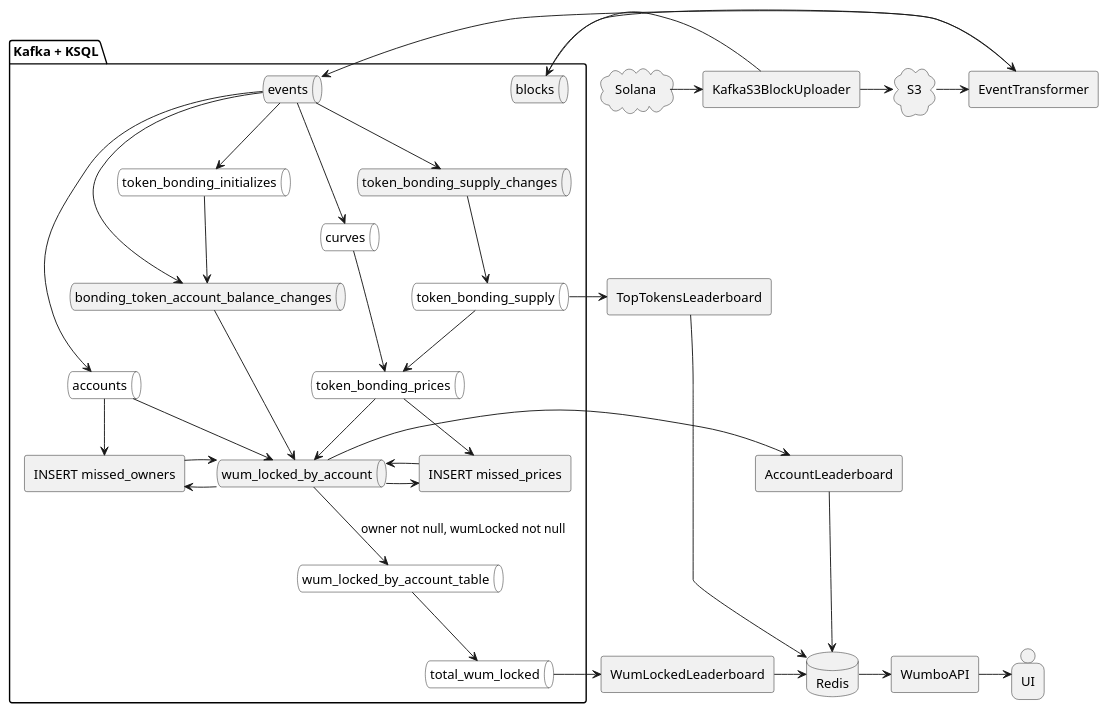
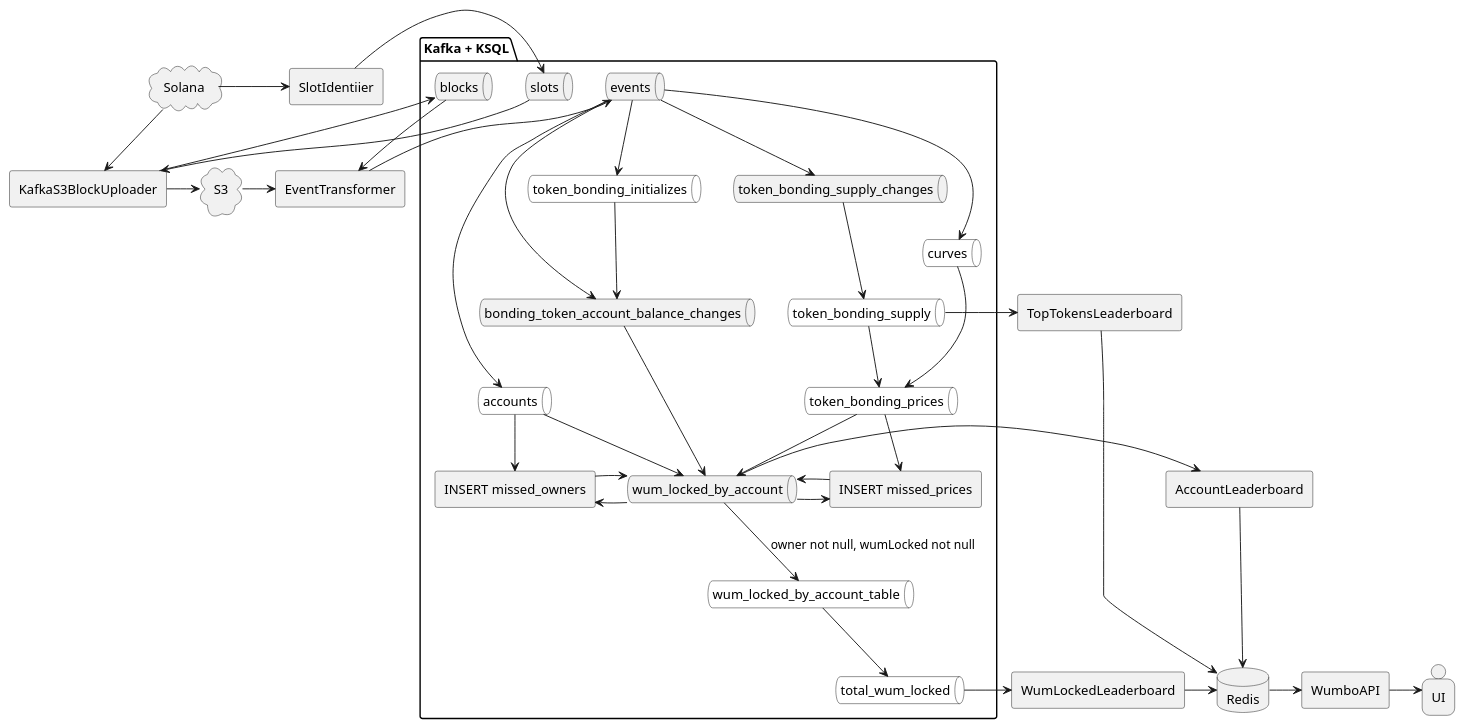
The diagram in architecture.puml (StrataFoundation/strata-data-pipelines), drawn with PlantUML before and after one commit. The commit also changed 2 other files, not shown here.

```diff
--- a/architecture.puml
+++ b/architecture.puml
@@ -1,87 +1,92 @@
 @startuml architecture
 
 package "Kafka + KSQL" as k {
   queue accounts #fff
   queue blocks
+  queue slots
   queue bonding_token_account_balance_changes
   queue token_bonding_initializes #fff
   queue curves #fff
   queue events
   queue token_bonding_prices #fff
   queue token_bonding_supply #fff
   queue token_bonding_supply_changes
   queue total_wum_locked #fff
   queue wum_locked_by_account
   queue wum_locked_by_account_table #fff
 
     
   events --> token_bonding_initializes
 
   events --> bonding_token_account_balance_changes
   token_bonding_initializes --> bonding_token_account_balance_changes
 
   events --> token_bonding_supply_changes
 
   token_bonding_supply_changes --> token_bonding_supply
 
   events --> curves
 
   events --> accounts
 
   token_bonding_supply --> token_bonding_prices
   curves --> token_bonding_prices
 
   bonding_token_account_balance_changes --> wum_locked_by_account
   token_bonding_prices --> wum_locked_by_account
   accounts --> wum_locked_by_account
 
   agent "INSERT missed_owners" as missed_owners
   agent "INSERT missed_prices" as missed_prices
 
   token_bonding_prices -> missed_prices
   accounts -> missed_owners
   wum_locked_by_account -> missed_owners
   wum_locked_by_account -> missed_prices
 
   missed_owners -> wum_locked_by_account
   missed_prices -> wum_locked_by_account
 
   wum_locked_by_account_table --> total_wum_locked
 
   wum_locked_by_account --> wum_locked_by_account_table : owner not null, wumLocked not null
 }
 
 agent KafkaS3BlockUploader
 agent AccountLeaderboard
 agent WumLockedLeaderboard
 agent TopTokensLeaderboard
 agent WumboAPI
+agent SlotIdentiier
 
 cloud Solana
 cloud S3
 database Redis
 person UI
 
-Solana -> KafkaS3BlockUploader
+Solana -> SlotIdentiier
+SlotIdentiier -> slots
+Solana --> KafkaS3BlockUploader
+slots --> KafkaS3BlockUploader
 KafkaS3BlockUploader -> blocks
 KafkaS3BlockUploader -> S3
 
 agent EventTransformer
 
 S3 -> EventTransformer
 blocks --> EventTransformer
 EventTransformer -> events
 
 total_wum_locked -> WumLockedLeaderboard
 WumLockedLeaderboard -> Redis
 
 token_bonding_supply -> TopTokensLeaderboard
 TopTokensLeaderboard -> Redis
 
 wum_locked_by_account -> AccountLeaderboard
 AccountLeaderboard -> Redis
 
 Redis -> WumboAPI
 
 WumboAPI -> UI
 @enduml
```
